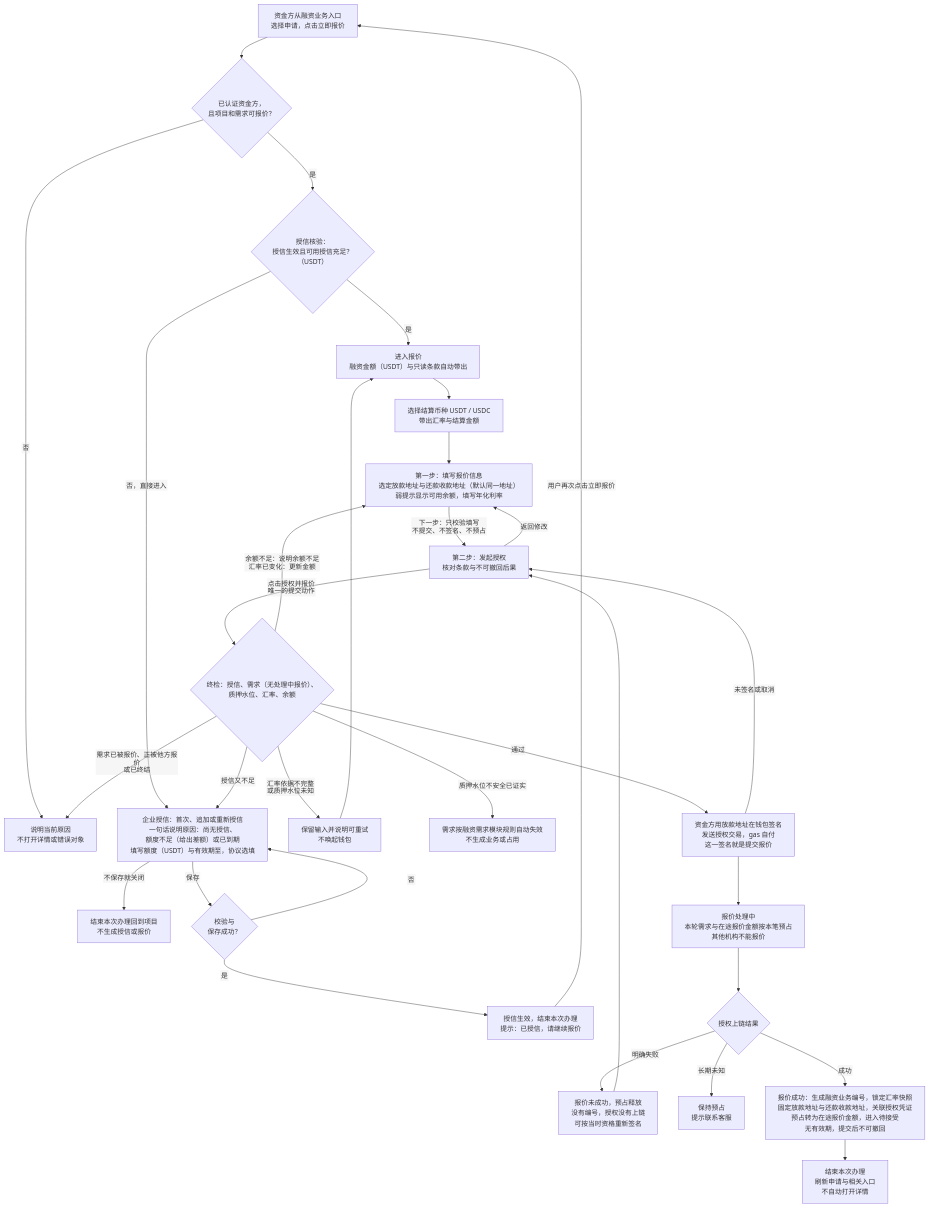
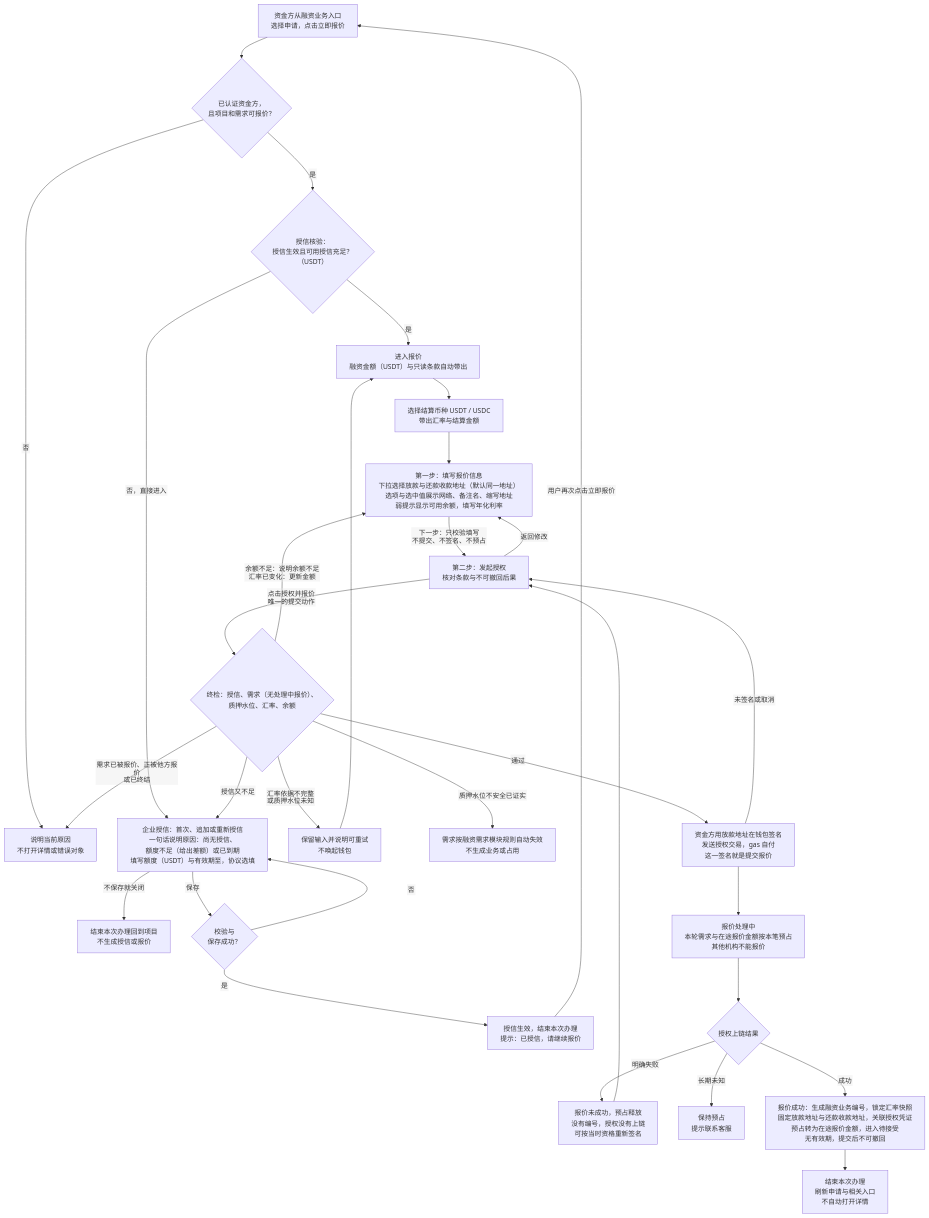
The first of 10 diagrams in lending-platform/PRD/面客端/06-借贷广场-授信报价与接受拒绝/02-授信报价与接受拒绝-流程图与状态机.md (wxblockchain/Chain-Financing), drawn with Mermaid before and after one commit. The commit also changed other lines of this file and 6 other files, not shown here.

````diff
--- a/lending-platform/PRD/面客端/06-借贷广场-授信报价与接受拒绝/02-授信报价与接受拒绝-流程图与状态机.md
+++ b/lending-platform/PRD/面客端/06-借贷广场-授信报价与接受拒绝/02-授信报价与接受拒绝-流程图与状态机.md
@@ -23,34 +23,34 @@
 ```mermaid
 %%{init: {"flowchart": {"htmlLabels": false, "wrappingWidth": 400}}}%%
 flowchart TD
   A["资金方从融资业务入口<br/>选择申请，点击立即报价"] --> B{"已认证资金方，<br/>且项目和需求可报价？"}
   B -->|"否"| X["说明当前原因<br/>不打开详情或错误对象"]
   B -->|"是"| C{"授信核验：<br/>授信生效且可用授信充足？<br/>（USDT）"}
   C -->|"否，直接进入"| F["企业授信：首次、追加或重新授信<br/>一句话说明原因：尚无授信、<br/>额度不足（给出差额）或已到期<br/>填写额度（USDT）与有效期至，协议选填"]
   F -->|"不保存就关闭"| E["结束本次办理回到项目<br/>不生成授信或报价"]
   F -->|"保存"| G{"校验与<br/>保存成功？"}
   G -->|"否"| F
   G -->|"是"| H["授信生效，结束本次办理<br/>提示：已授信，请继续报价"]
   H -->|"用户再次点击立即报价"| A
   C -->|"是"| Q["进入报价<br/>融资金额（USDT）与只读条款自动带出"]
   Q --> R["选择结算币种 USDT / USDC<br/>带出汇率与结算金额"]
-  R --> S1["第一步：填写报价信息<br/>选定放款地址与还款收款地址（默认同一地址）<br/>弱提示显示可用余额，填写年化利率"]
+  R --> S1["第一步：填写报价信息<br/>下拉选择放款与还款收款地址（默认同一地址）<br/>选项与选中值展示网络、备注名、缩写地址<br/>弱提示显示可用余额，填写年化利率"]
   S1 -->|"下一步：只校验填写<br/>不提交、不签名、不预占"| T["第二步：发起授权<br/>核对条款与不可撤回后果"]
   T -->|"返回修改"| S1
   T -->|"点击授权并报价<br/>唯一的提交动作"| U{"终检：授信、需求（无处理中报价）、<br/>质押水位、汇率、余额"}
   U -->|"汇率依据不完整<br/>或质押水位未知"| U1["保留输入并说明可重试<br/>不唤起钱包"]
   U1 --> Q
   U -->|"余额不足：说明余额不足<br/>汇率已变化：更新金额"| S1
   U -->|"质押水位不安全已证实"| V["需求按融资需求模块规则自动失效<br/>不生成业务或占用"]
   U -->|"需求已被报价、正被他方报价<br/>或已终结"| X
   U -->|"授信又不足"| F
   U -->|"通过"| K["资金方用放款地址在钱包签名<br/>发送授权交易，gas 自付<br/>这一签名就是提交报价"]
   K -->|"未签名或取消"| T
   K --> P["报价处理中<br/>本轮需求与在途报价金额按本笔预占<br/>其他机构不能报价"]
   P --> M{"授权上链结果"}
   M -->|"明确失败"| M1["报价未成功，预占释放<br/>没有编号，授权没有上链<br/>可按当时资格重新签名"]
   M1 --> T
   M -->|"长期未知"| M2["保持预占<br/>提示联系客服"]
   M -->|"成功"| W["报价成功：生成融资业务编号，锁定汇率快照<br/>固定放款地址与还款收款地址，关联授权凭证<br/>预占转为在途报价金额，进入待接受<br/>无有效期，提交后不可撤回"]
   W --> Z["结束本次办理<br/>刷新申请与相关入口<br/>不自动打开详情"]
 ```
````
